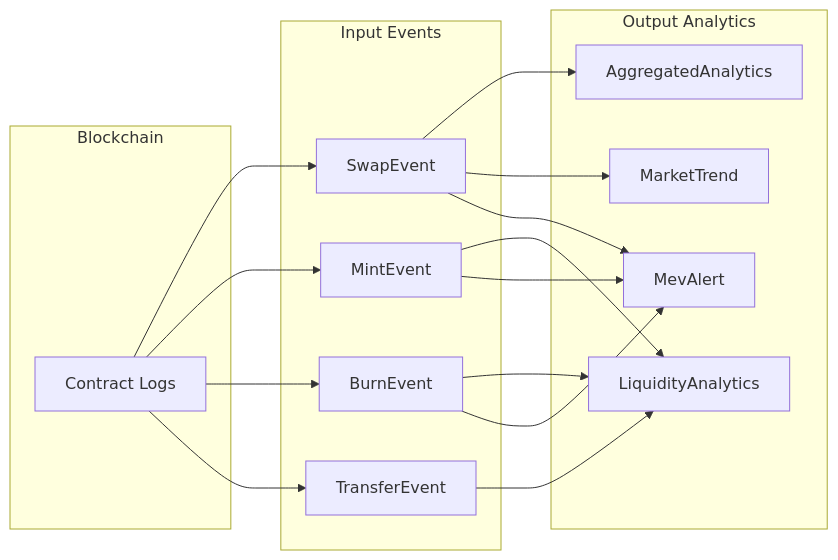
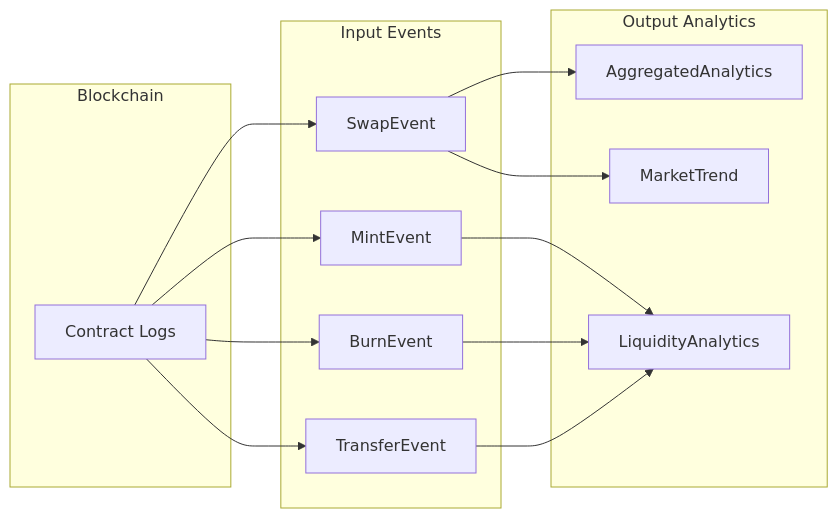
Before and after one commit to peterzzshi/dex-stream-analytics: the diagram in DATA_MODEL.md, drawn with Mermaid. The commit also changed other lines of this file and 120 other files, not shown here.

````diff
--- a/DATA_MODEL.md
+++ b/DATA_MODEL.md
@@ -10,26 +10,24 @@
 ```mermaid
 graph LR
     subgraph Blockchain
         LOG[Contract Logs]
     end
 
     subgraph Input Events
         SE[SwapEvent]
         ME[MintEvent]
         BE[BurnEvent]
         TE[TransferEvent]
     end
 
     subgraph Output Analytics
         AA[AggregatedAnalytics]
         LA[LiquidityAnalytics]
-        MA[MevAlert]
         MT[MarketTrend]
     end
 
     LOG --> SE & ME & BE & TE
     SE --> AA
     SE --> MT
     ME & BE & TE --> LA
-    SE & ME & BE --> MA
 ```
````
